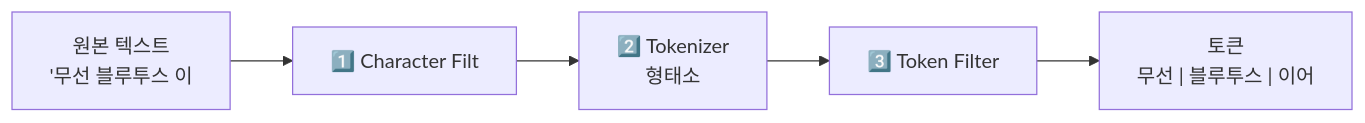
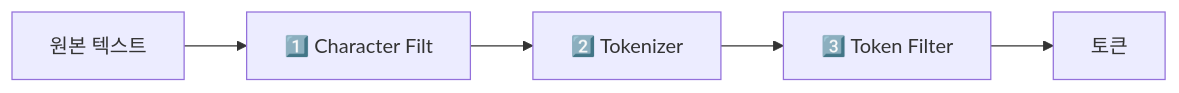
One commit to yjkim2015/yjkim2015.github.io changed the fifth of 7 diagrams in _posts/nosql/2026-05-03-elasticsearch-deep.md. Above: the diagram before and after it, drawn with Mermaid. The commit also changed other lines of this file and 217 other files, not shown here.

First line of the commit message:
Mermaid 크기 수정: useMaxWidth:true + SVG max-width:100% + 라벨 축소

````diff
--- a/_posts/nosql/2026-05-03-elasticsearch-deep.md
+++ b/_posts/nosql/2026-05-03-elasticsearch-deep.md
@@ -196,7 +196,7 @@
 ```mermaid
 flowchart LR
-    INPUT["원본 텍스트\n'무선 블루투스 이"] --> CF["1️⃣ Character Filt"]
-    CF --> TK["2️⃣ Tokenizer\n형태소"]
-    TK --> TF["3️⃣ Token Filter\n"]
-    TF --> TERMS["토큰\n무선 | 블루투스 | 이어"]
+    INPUT["원본 텍스트"] --> CF["1️⃣ Character Filt"]
+    CF --> TK["2️⃣ Tokenizer"]
+    TK --> TF["3️⃣ Token Filter"]
+    TF --> TERMS["토큰"]
 ```
````
